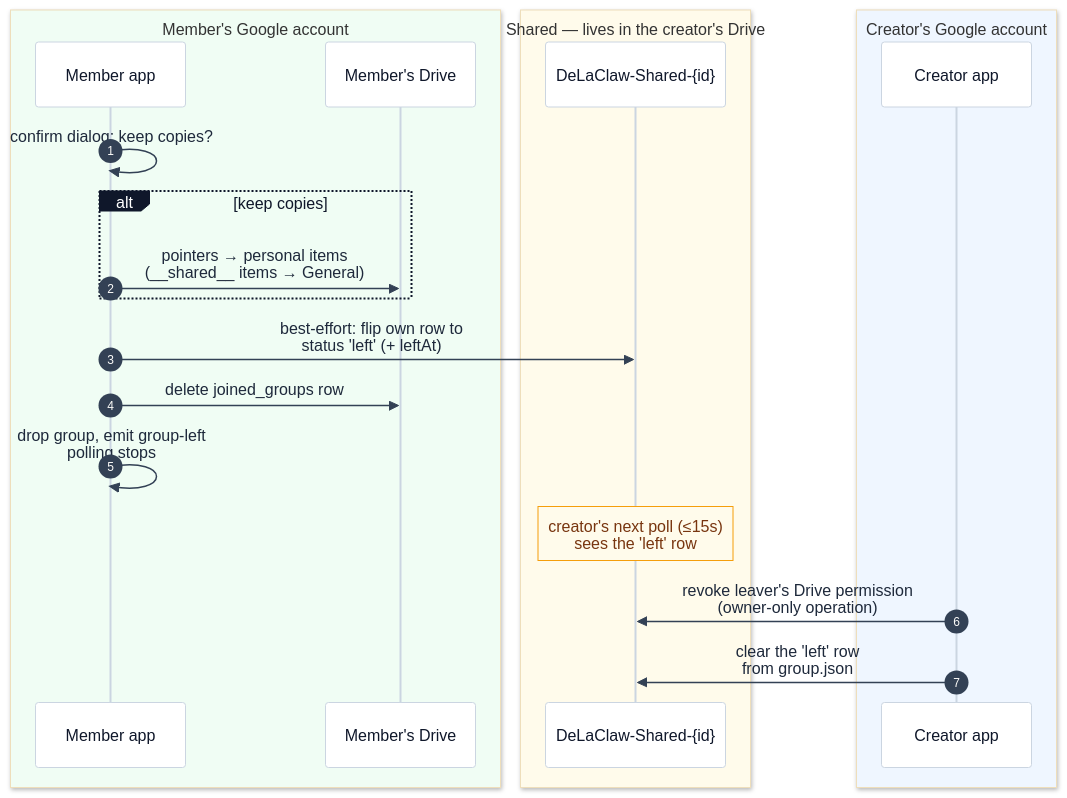
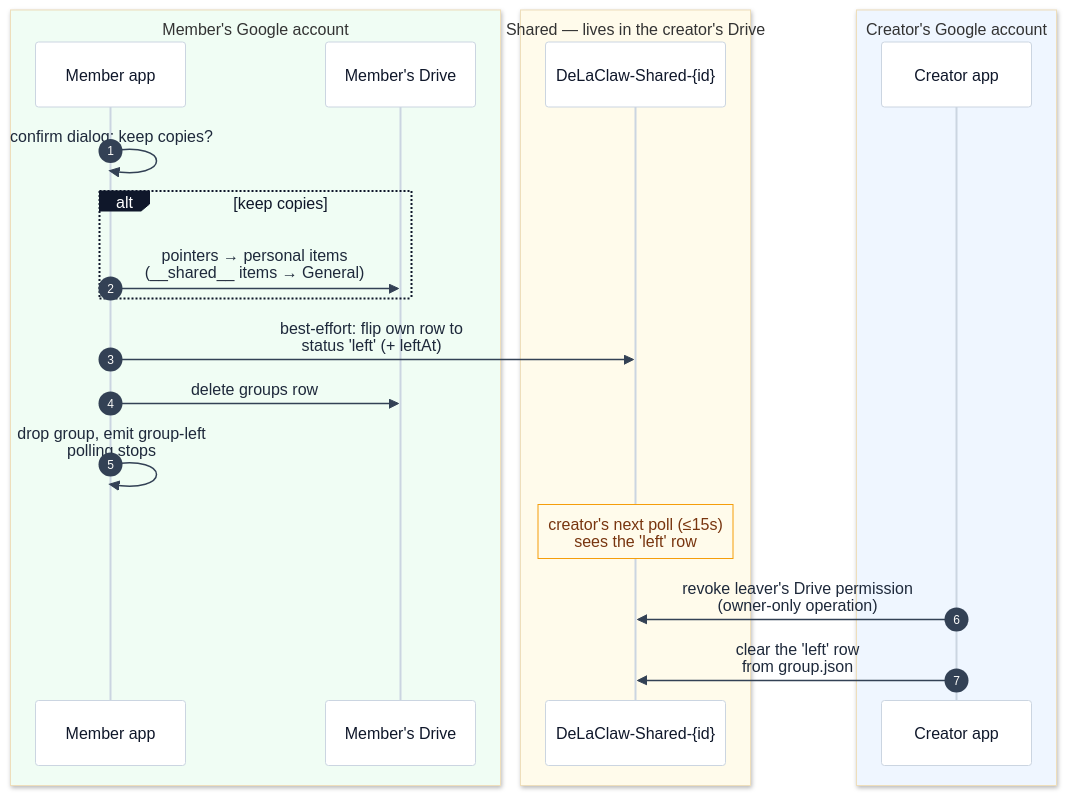
The ninth of 12 diagrams in docs-site/sharing.md (AntGro/DeLaClaw), drawn with Mermaid before and after one commit. The commit also changed other lines of this file and 25 other files, not shown here.

First line of the commit message:
feat(sharing): unify joined and created groups in the groups table

````diff
--- a/docs-site/sharing.md
+++ b/docs-site/sharing.md
@@ -255,26 +256,26 @@
 ```mermaid
 %%{init: {'theme': 'base', 'themeVariables': {'background': '#fbfaf8', 'actorBkg': '#ffffff', 'actorBorder': '#cbd5e1', 'actorTextColor': '#0f172a', 'actorLineColor': '#cbd5e1', 'signalColor': '#334155', 'signalTextColor': '#1e293b', 'noteBkgColor': '#fffbeb', 'noteBorderColor': '#f59e0b', 'noteTextColor': '#78350f', 'labelBoxBkgColor': '#0f172a', 'labelBoxBorderColor': '#0f172a', 'labelTextColor': '#ffffff'}}}%%
 sequenceDiagram
     autonumber
     box rgb(240,253,244) Member's Google account
     participant MA as Member app
     participant MD as Member's Drive
     end
     box rgb(255,251,235) Shared — lives in the creator's Drive
     participant SF as DeLaClaw-Shared-{id}
     end
     box rgb(239,246,255) Creator's Google account
     participant CA as Creator app
     end
 
     MA->>MA: confirm dialog: keep copies?
     alt keep copies
     MA->>MD: pointers → personal items<br/>(__shared__ items → General)
     end
     MA->>SF: best-effort: flip own row to<br/>status 'left' (+ leftAt)
-    MA->>MD: delete joined_groups row
+    MA->>MD: delete groups row
     MA->>MA: drop group, emit group-left<br/>polling stops
     Note over SF: creator's next poll (≤15s)<br/>sees the 'left' row
     CA->>SF: revoke leaver's Drive permission<br/>(owner-only operation)
     CA->>SF: clear the 'left' row<br/>from group.json
 ```
````
